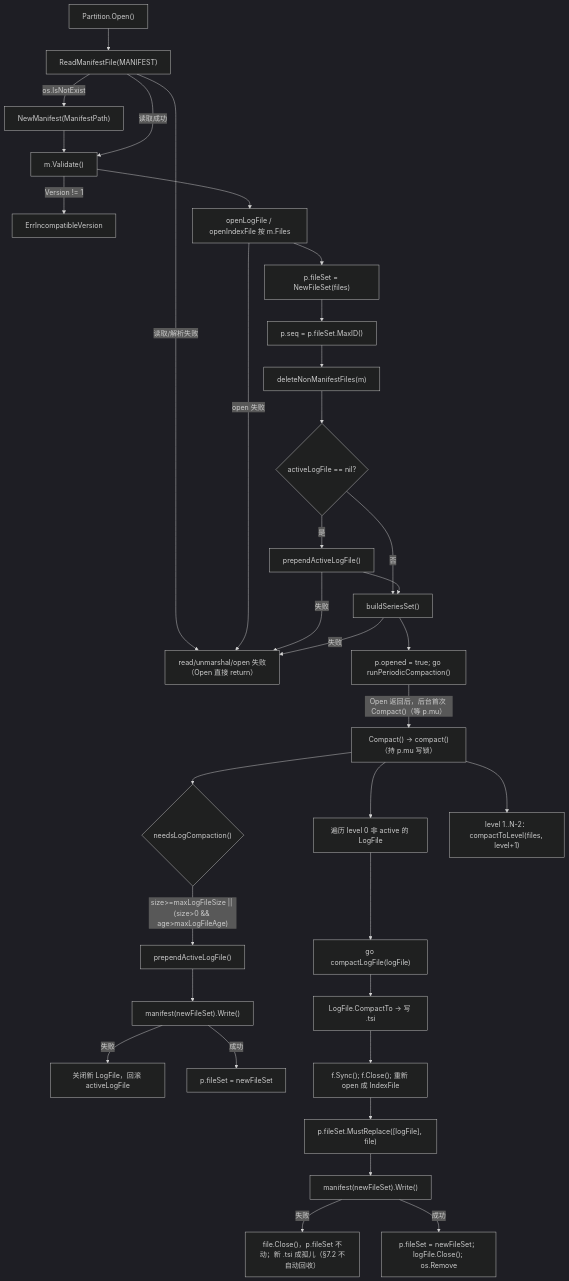
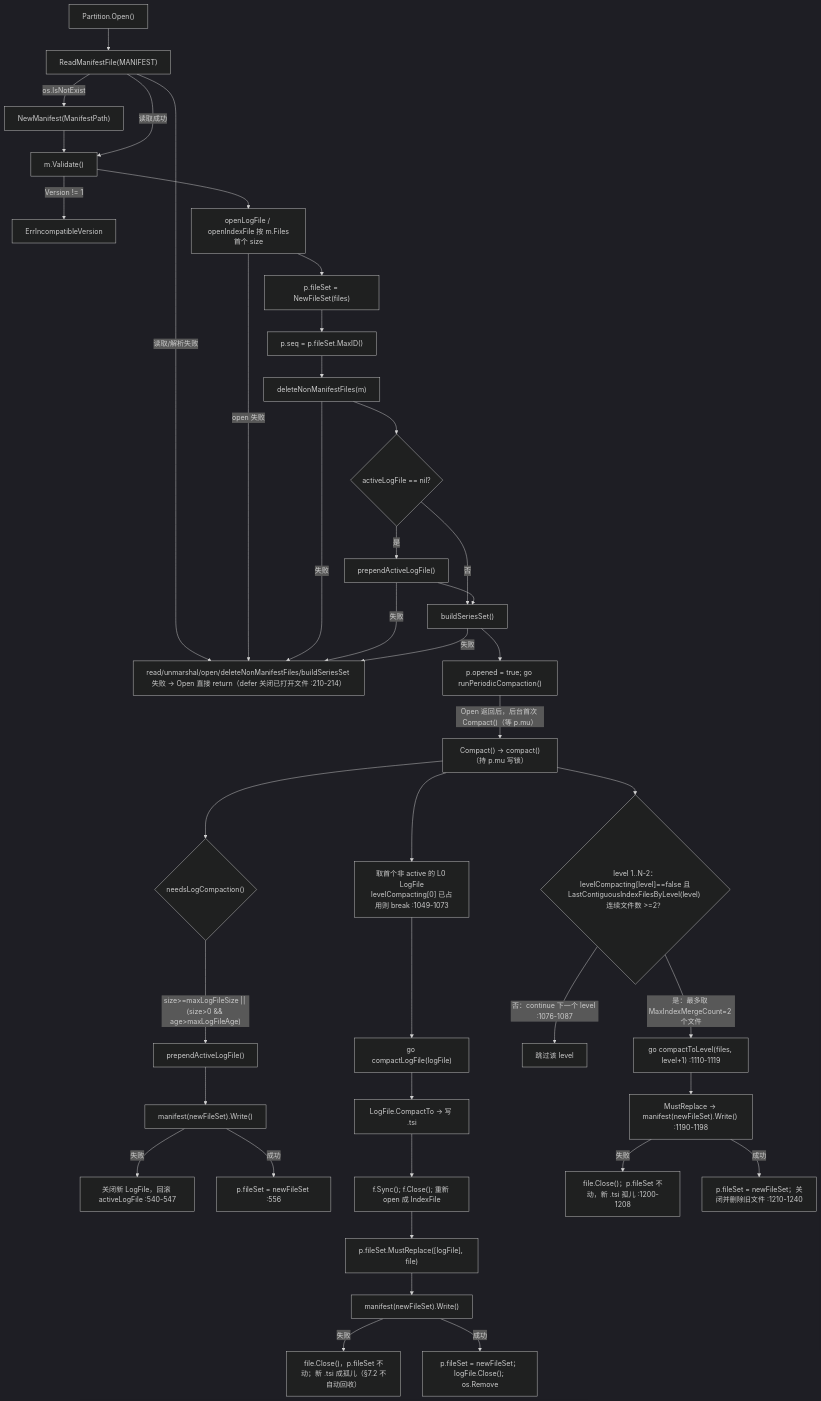
One commit to stefanv5/influxdb changed the first of 6 diagrams in docs/specs/v1.8.10-vs-v1.12.3/02_index_series_diff.md. Above: the diagram before and after it, drawn with Mermaid (dark theme). The commit also changed other lines of this file and 11 other files, not shown here.

First line of the commit message:
docs: complete D1-D6 diagram/module/case audit

````diff
--- a/docs/specs/v1.8.10-vs-v1.12.3/02_index_series_diff.md
+++ b/docs/specs/v1.8.10-vs-v1.12.3/02_index_series_diff.md
@@ -64,37 +64,43 @@
 ```mermaid
 flowchart TD
     A["Partition.Open()"] --> B["ReadManifestFile(MANIFEST)"]
     B -->|"os.IsNotExist"| C["NewManifest(ManifestPath)"]
-    B -->|"读取/解析失败"| X["read/unmarshal/open 失败（Open 直接 return）"]
+    B -->|"读取/解析失败"| X["read/unmarshal/open/deleteNonManifestFiles/buildSeriesSet 失败 → Open 直接 return（defer 关闭已打开文件 :210-214）"]
     C --> MV["m.Validate()"]
     B -->|"读取成功"| MV
     MV -->|"Version != 1"| XV["ErrIncompatibleVersion"]
-    MV --> D["openLogFile / openIndexFile 按 m.Files"]
+    MV --> D["openLogFile / openIndexFile 按 m.Files<br/>首个 size<maxLogFileSize 的 LogFile → activeLogFile :216-238"]
     D -->|"open 失败"| X
     D --> E["p.fileSet = NewFileSet(files)"]
     E --> SQ["p.seq = p.fileSet.MaxID()"]
     SQ --> F["deleteNonManifestFiles(m)"]
+    F -->|"失败"| X
     F --> PF{"activeLogFile == nil?"}
     PF -->|"是"| PG["prependActiveLogFile()"]
     PF -->|"否"| G["buildSeriesSet()"]
     PG -->|"失败"| X
     PG --> G
     G -->|"失败"| X
     G --> H["p.opened = true; go runPeriodicCompaction()"]
     H -->|"Open 返回后，后台首次 Compact()（等 p.mu）"| I["Compact() → compact()（持 p.mu 写锁）"]
 
     I --> J{"needsLogCompaction()"}
     J -->|"size>=maxLogFileSize || (size>0 && age>maxLogFileAge)"| K["prependActiveLogFile()"]
     K --> L["manifest(newFileSet).Write()"]
-    L -->|"失败"| M["关闭新 LogFile，回滚 activeLogFile"]
-    L -->|"成功"| N["p.fileSet = newFileSet"]
-    I --> O["遍历 level 0 非 active 的 LogFile"]
+    L -->|"失败"| M["关闭新 LogFile，回滚 activeLogFile :540-547"]
+    L -->|"成功"| N["p.fileSet = newFileSet :556"]
+    I --> O["取首个非 active 的 L0 LogFile<br/>levelCompacting[0] 已占用则 break :1049-1073"]
     O --> P["go compactLogFile(logFile)"]
     P --> Q["LogFile.CompactTo → 写 .tsi"]
     Q --> R["f.Sync(); f.Close(); 重新 open 成 IndexFile"]
     R --> S["p.fileSet.MustReplace([logFile], file)"]
     S --> T["manifest(newFileSet).Write()"]
     T -->|"失败"| U["file.Close()，p.fileSet 不动；新 .tsi 成孤儿（§7.2 不自动回收）"]
     T -->|"成功"| V["p.fileSet = newFileSet；logFile.Close(); os.Remove"]
-    I --> W["level 1..N-2：compactToLevel(files, level+1)"]
+    I --> W{"level 1..N-2：levelCompacting[level]==false 且<br/>LastContiguousIndexFilesByLevel(level) 连续文件数 >=2？"}
+    W -->|"否：continue 下一个 level :1076-1087"| W0["跳过该 level"]
+    W -->|"是：最多取 MaxIndexMergeCount=2 个文件"| W1["go compactToLevel(files, level+1) :1110-1119"]
+    W1 --> W2["MustReplace → manifest(newFileSet).Write() :1190-1198"]
+    W2 -->|"失败"| W3["file.Close()；p.fileSet 不动，新 .tsi 孤儿 :1200-1208"]
+    W2 -->|"成功"| W4["p.fileSet = newFileSet；关闭并删除旧文件 :1210-1240"]
 ```
````
